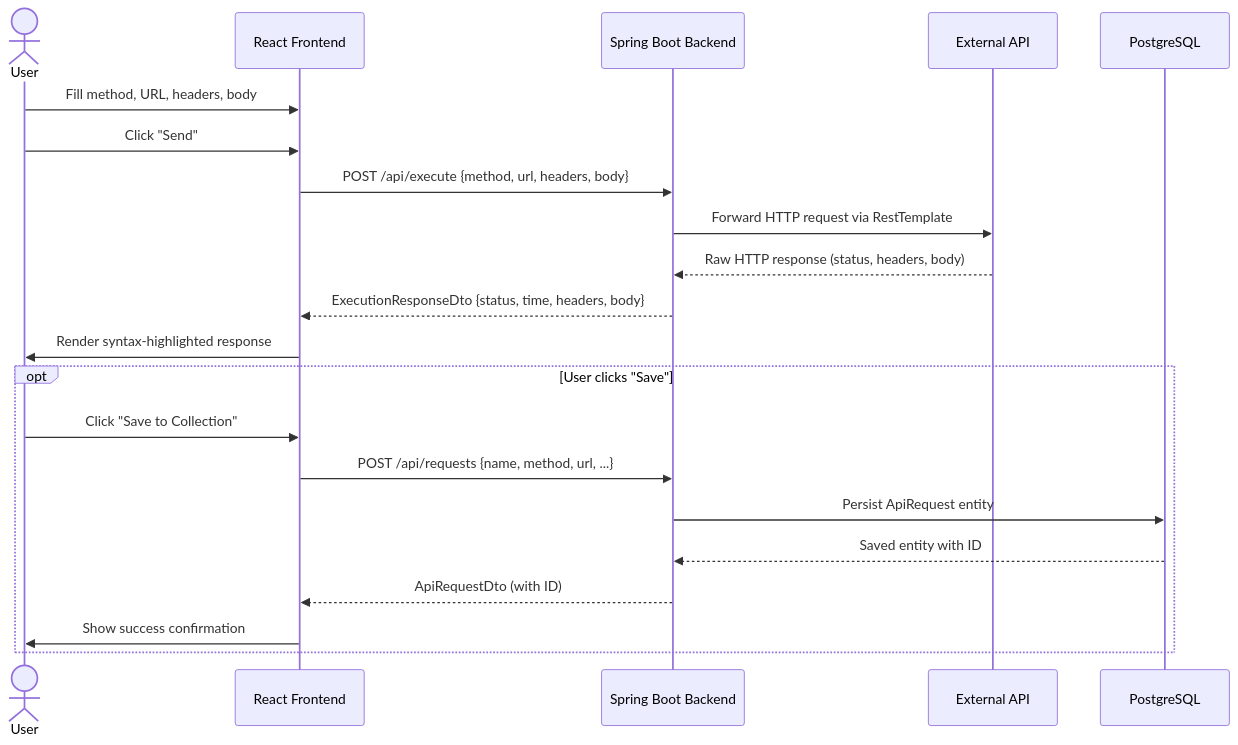
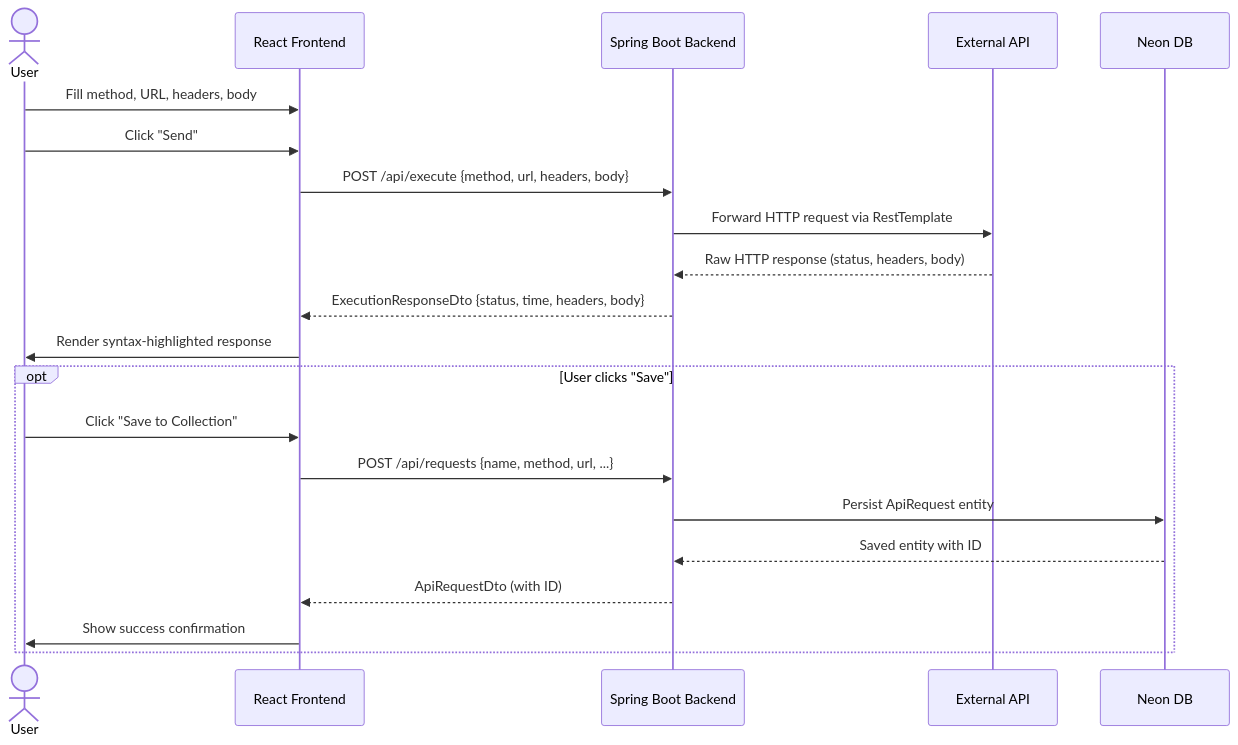
One commit to javvajishalini/API-Testing-Tool changed the second of 5 diagrams in README.md. Above: the diagram before and after it, drawn with Mermaid. The commit also changed other lines of this file, not shown here.

````diff
--- a/README.md
+++ b/README.md
@@ -123,25 +123,25 @@
 ```mermaid
 sequenceDiagram
     actor User
     participant FE as React Frontend
     participant BE as Spring Boot Backend
     participant EXT as External API
-    participant DB as PostgreSQL
+    participant DB as Neon DB
 
     User->>FE: Fill method, URL, headers, body
     User->>FE: Click "Send"
     FE->>BE: POST /api/execute {method, url, headers, body}
     BE->>EXT: Forward HTTP request via RestTemplate
     EXT-->>BE: Raw HTTP response (status, headers, body)
     BE-->>FE: ExecutionResponseDto {status, time, headers, body}
     FE->>User: Render syntax-highlighted response
 
     opt User clicks "Save"
         User->>FE: Click "Save to Collection"
         FE->>BE: POST /api/requests {name, method, url, ...}
         BE->>DB: Persist ApiRequest entity
         DB-->>BE: Saved entity with ID
         BE-->>FE: ApiRequestDto (with ID)
         FE->>User: Show success confirmation
     end
 ```
````
